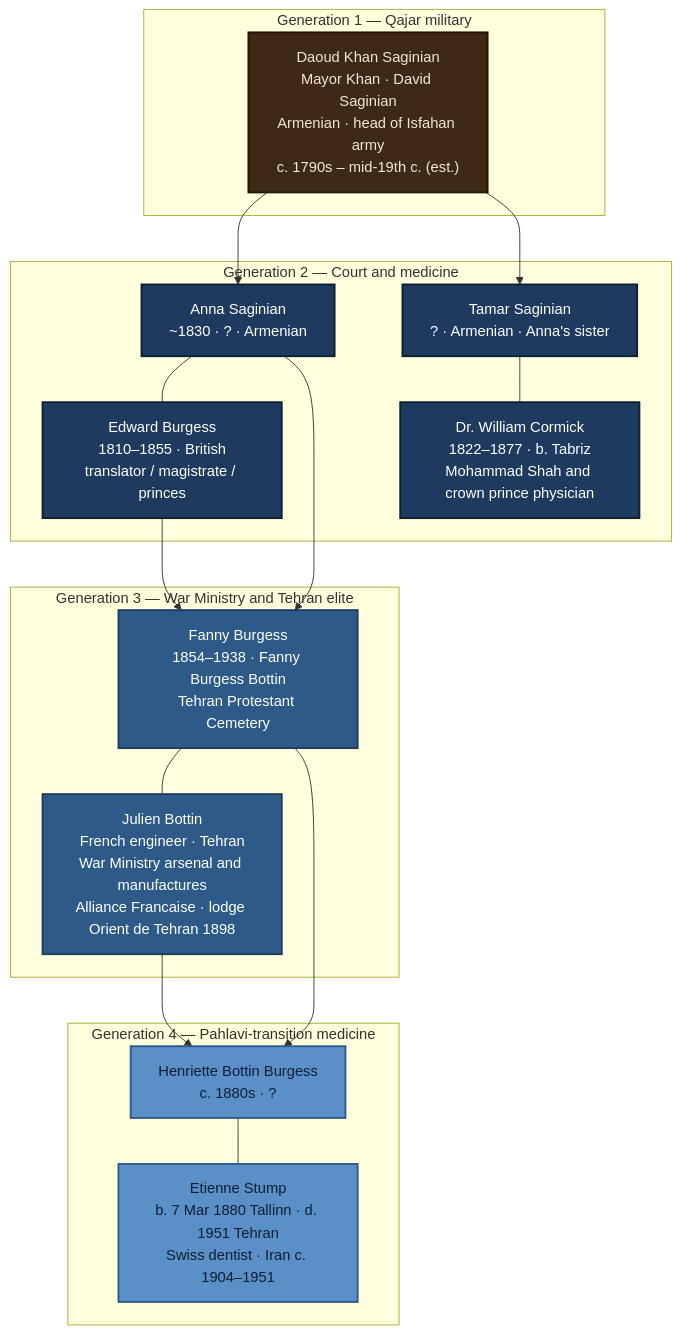
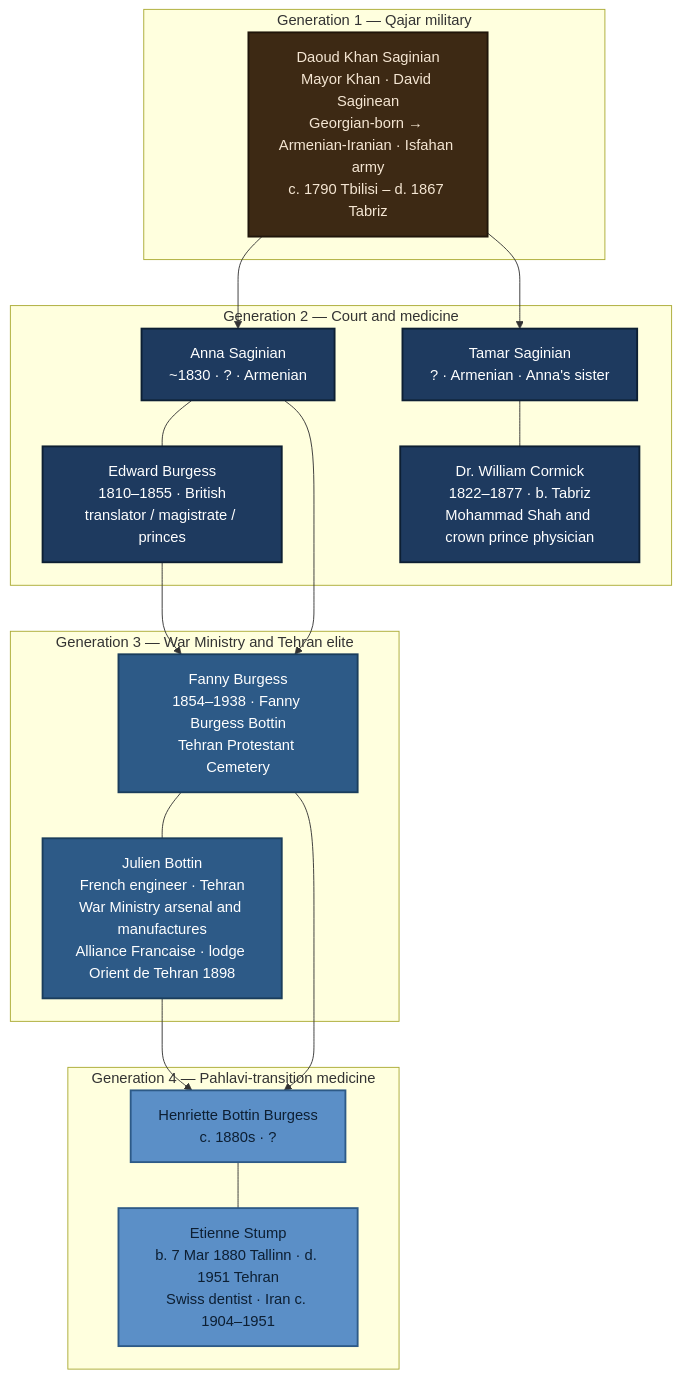
One commit to TonyLLondon/family_tree changed the diagram in topics/persia.md. Above: the diagram before and after it, drawn with Mermaid. The commit also changed other lines of this file and 290 other files, not shown here.

````diff
--- a/topics/persia.md
+++ b/topics/persia.md
@@ -87,43 +88,43 @@
 ```mermaid
 flowchart TB
  subgraph G1["Generation 1 — Qajar military"]
- DK["Daoud Khan Saginian<br/>Mayor Khan · David Saginian<br/>Armenian · head of Isfahan army<br/>c. 1790s – mid-19th c. (est.)"]
+ DK["Daoud Khan Saginian<br/>Mayor Khan · David Saginean<br/>Georgian-born → Armenian-Iranian · Isfahan army<br/>c. 1790 Tbilisi – d. 1867 Tabriz"]
  end
 
  subgraph G2["Generation 2 — Court and medicine"]
  AS["Anna Saginian<br/>~1830 · ? · Armenian"]
  EB["Edward Burgess<br/>1810–1855 · British<br/>translator / magistrate / princes"]
  TS["Tamar Saginian<br/>? · Armenian · Anna's sister"]
  WC["Dr. William Cormick<br/>1822–1877 · b. Tabriz<br/>Mohammad Shah and crown prince physician"]
  end
 
  subgraph G3["Generation 3 — War Ministry and Tehran elite"]
  FB["Fanny Burgess<br/>1854–1938 · Fanny Burgess Bottin<br/>Tehran Protestant Cemetery"]
  JB["Julien Bottin<br/>French engineer · Tehran<br/>War Ministry arsenal and manufactures<br/>Alliance Francaise · lodge Orient de Tehran 1898"]
  end
 
  subgraph G4["Generation 4 — Pahlavi-transition medicine"]
  HB["Henriette Bottin Burgess<br/>c. 1880s · ?"]
  ES["Etienne Stump<br/>b. 7 Mar 1880 Tallinn · d. 1951 Tehran<br/>Swiss dentist · Iran c. 1904–1951"]
  end
 
  DK --> AS
  DK --> TS
  AS --- EB
  TS --- WC
  AS --> FB
  EB --> FB
  FB --- JB
  FB --> HB
  JB --> HB
  HB --- ES
 
  classDef g1 fill:#3d2914,color:#f5e6d3,stroke:#1f150a,stroke-width:2px;
  classDef g2 fill:#1e3a5f,color:#fff,stroke:#0d1f33,stroke-width:2px;
  classDef g3 fill:#2d5a87,color:#fff,stroke:#1a3d5c,stroke-width:2px;
  classDef g4 fill:#5b8fc7,color:#0d1f33,stroke:#2d5a87,stroke-width:2px;
  class DK g1;
  class AS,EB,TS,WC g2;
  class FB,JB g3;
  class HB,ES g4;
 ```
````
